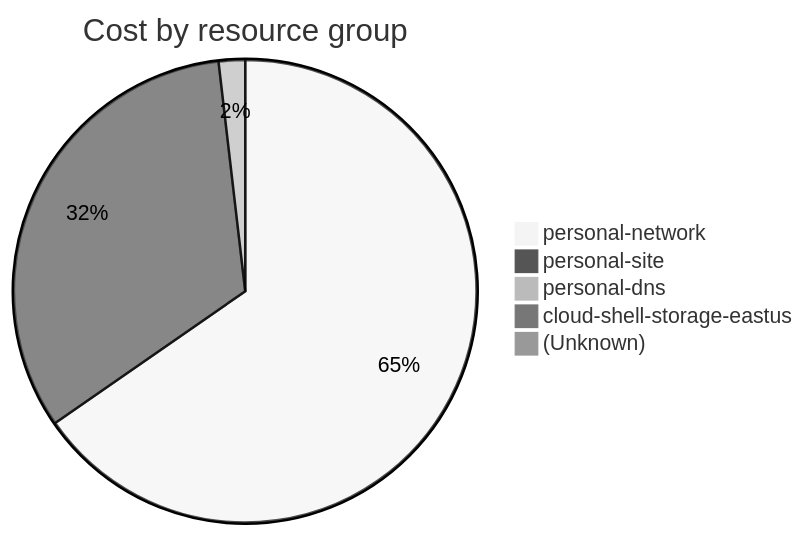
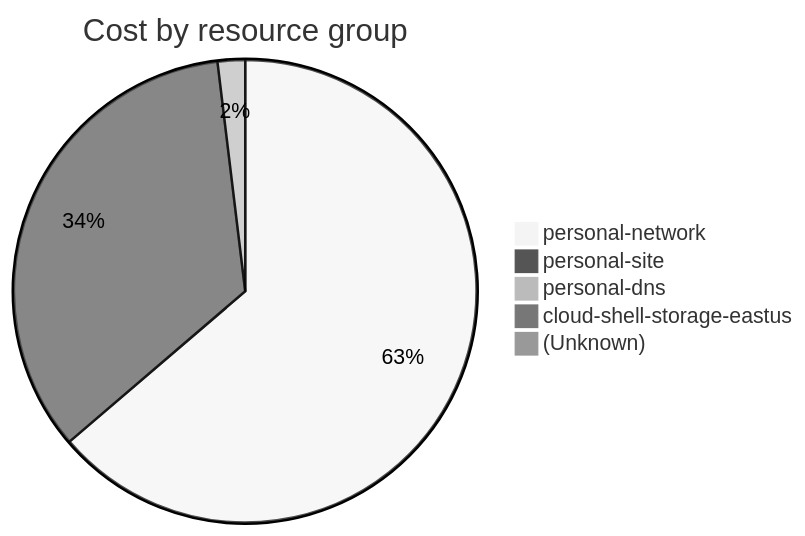
One commit to jpfulton/azure-personal-reports changed the fourth of 4 diagrams in cost-reports/accumulated-cost.md. Above: the diagram before and after it, drawn with Mermaid (neutral theme). The commit also changed other lines of this file and 4 other files, not shown here.

````diff
--- a/cost-reports/accumulated-cost.md
+++ b/cost-reports/accumulated-cost.md
@@ -155,9 +155,9 @@
 ```mermaid
 pie
    title Cost by resource group
    "personal-network" : 15.94
-   "personal-site" : 8.00
-   "personal-dns" : 0.45
-   "cloud-shell-storage-eastus" : 0.13
+   "personal-site" : 8.59
+   "personal-dns" : 0.48
+   "cloud-shell-storage-eastus" : 0.14
    "(Unknown)" : 0.10
 ```
````
